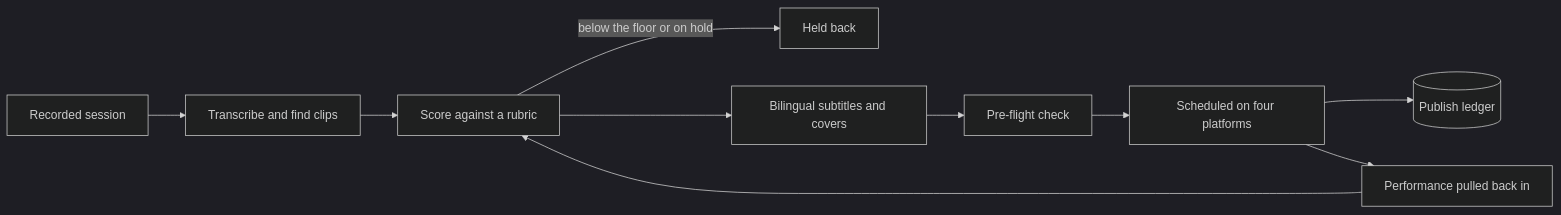
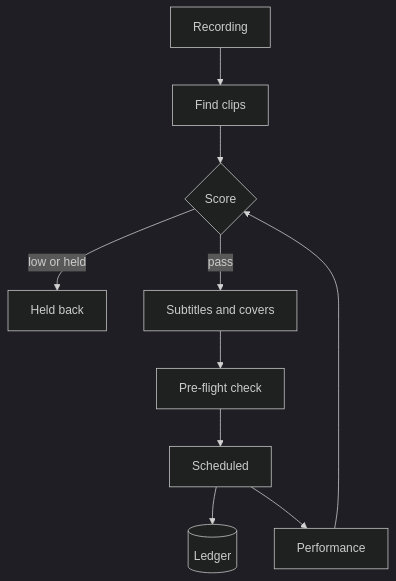
Before and after one commit to Mohanad1st/impactanchor-reels-showcase: the diagram in README.md, drawn with Mermaid (dark theme). The commit also changed other lines of this file and 2 other files, not shown here.

Commit message:
docs: align case study for ICAIRE and Coefficient Giving review
Calibrated claims and statuses, honest limits, corrected Arabic (AI-drafted: needs native review), phone-legible banner, top-to-bottom diagrams with text descriptions, descriptive alt text.

````diff
--- a/README.md
+++ b/README.md
@@ -25,12 +27,14 @@
 ```mermaid
-flowchart LR
-  A[Recorded session] --> B[Transcribe and find clips]
-  B --> C[Score against a rubric]
-  C -- below the floor or on hold --> H[Held back]
-  C --> D[Bilingual subtitles and covers]
+flowchart TD
+  accTitle: How a recording becomes scheduled clips
+  accDescr: A session is transcribed into candidate clips, scored against a rubric, low scores are held back, the rest get bilingual subtitles and covers, pass a pre-flight check, are scheduled, recorded in a ledger, and performance feeds back into scoring.
+  A[Recording] --> B[Find clips]
+  B --> C{Score}
+  C -- low or held --> H[Held back]
+  C -- pass --> D[Subtitles and covers]
   D --> E[Pre-flight check]
-  E --> F[Scheduled on four platforms]
-  F --> G[(Publish ledger)]
-  F --> M[Performance pulled back in]
+  E --> F[Scheduled]
+  F --> G[(Ledger)]
+  F --> M[Performance]
   M --> C
 ```
````
